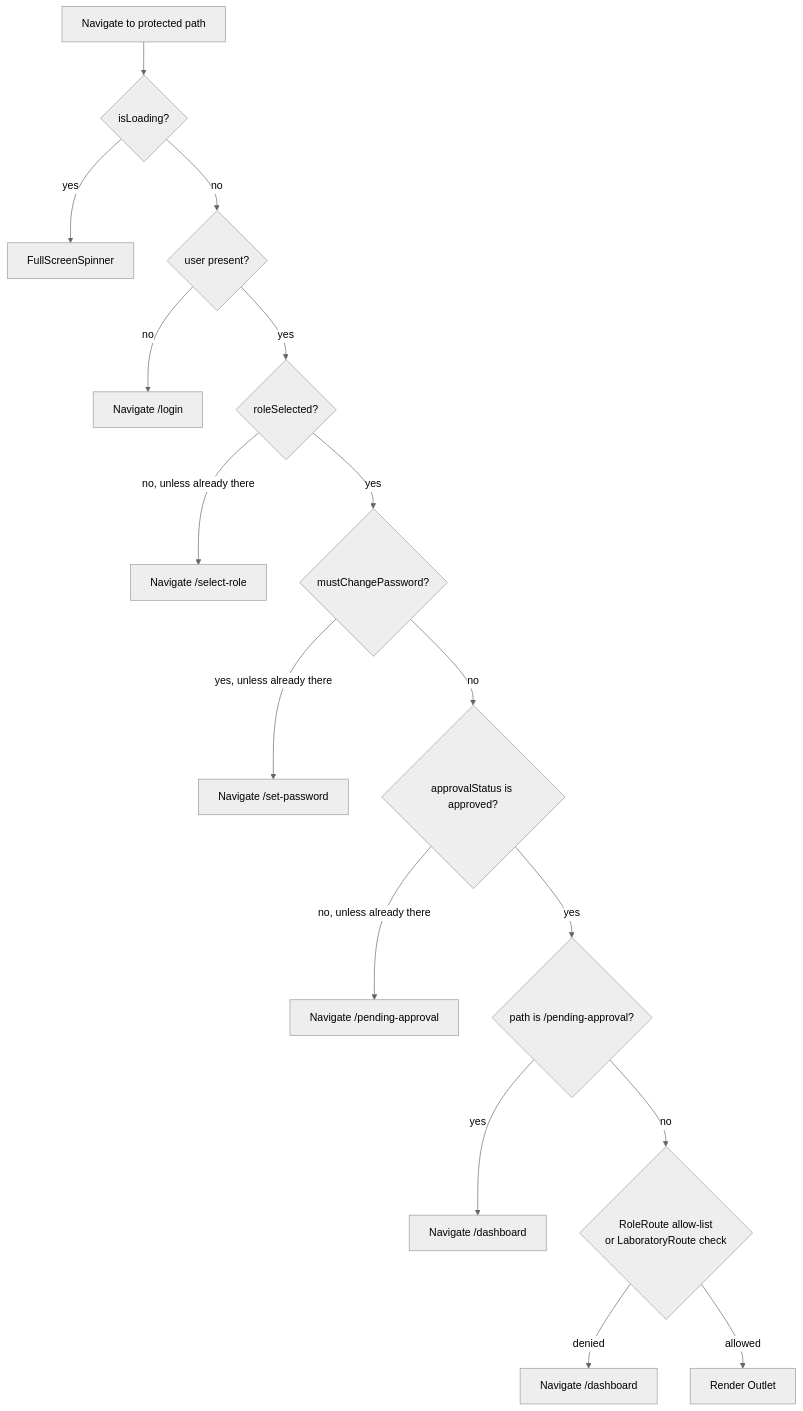
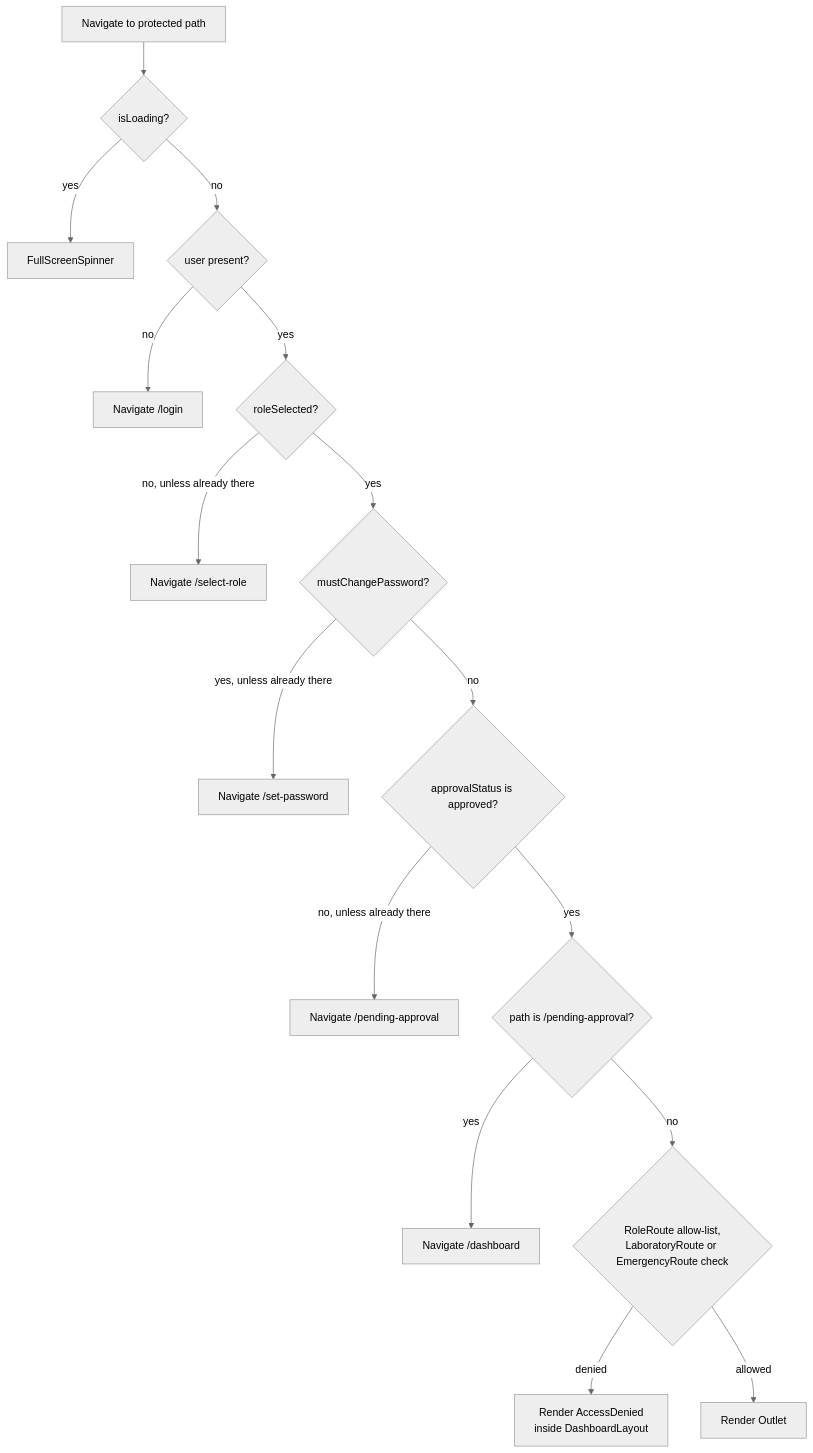
The sixth of 21 diagrams in frontend/ARCHITECTURE.md (muhammadhamd56-cloud/hospital-management-system), drawn with Mermaid (neutral theme) before and after one commit. The commit also changed other lines of this file and 13 other files, not shown here.

First line of the commit message:
docs: document the Ollama-based Admin AI and correct stale architecture gaps

````diff
--- a/frontend/ARCHITECTURE.md
+++ b/frontend/ARCHITECTURE.md
@@ -419,35 +430,35 @@
 ```mermaid
 flowchart TB
     Start["Navigate to protected path"]
     Loading{"isLoading?"}
     Spin["FullScreenSpinner"]
     HasUser{"user present?"}
     ToLogin["Navigate /login"]
     Role{"roleSelected?"}
     ToRole["Navigate /select-role"]
     Pw{"mustChangePassword?"}
     ToPw["Navigate /set-password"]
     Appr{"approvalStatus is approved?"}
     ToPending["Navigate /pending-approval"]
     OnPending{"path is /pending-approval?"}
     ToDash["Navigate /dashboard"]
-    RoleG{"RoleRoute allow-list<br/>or LaboratoryRoute check"}
+    RoleG{"RoleRoute allow-list,<br/>LaboratoryRoute or EmergencyRoute check"}
     Render["Render Outlet"]
-    Home["Navigate /dashboard"]
+    Denied["Render AccessDenied<br/>inside DashboardLayout"]
 
     Start --> Loading
     Loading -->|"yes"| Spin
     Loading -->|"no"| HasUser
     HasUser -->|"no"| ToLogin
     HasUser -->|"yes"| Role
     Role -->|"no, unless already there"| ToRole
     Role -->|"yes"| Pw
     Pw -->|"yes, unless already there"| ToPw
     Pw -->|"no"| Appr
     Appr -->|"no, unless already there"| ToPending
     Appr -->|"yes"| OnPending
     OnPending -->|"yes"| ToDash
     OnPending -->|"no"| RoleG
-    RoleG -->|"denied"| Home
+    RoleG -->|"denied"| Denied
     RoleG -->|"allowed"| Render
 ```
````
